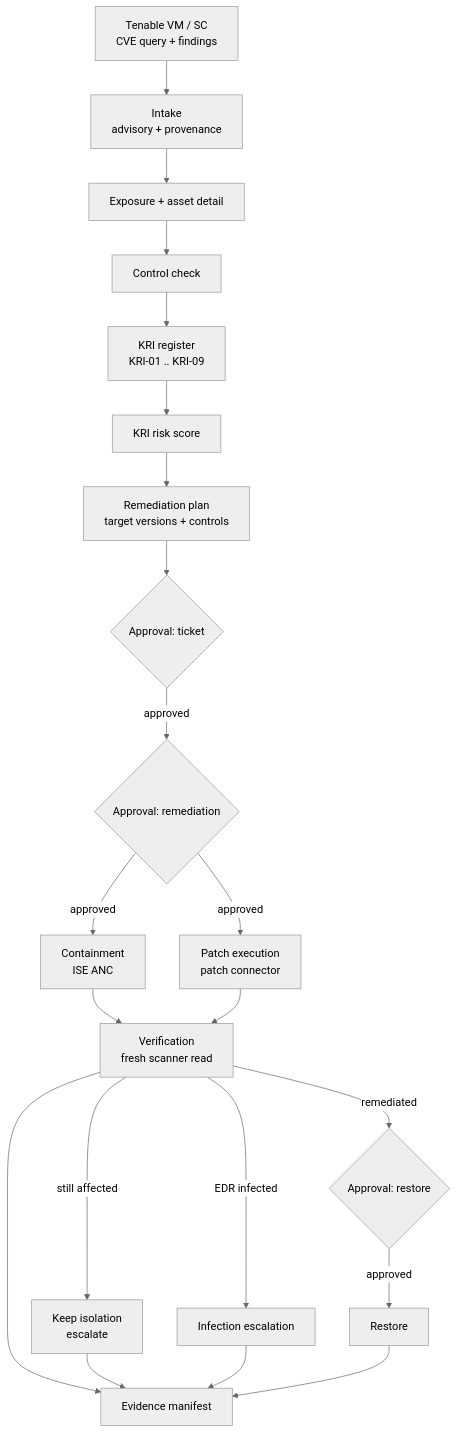
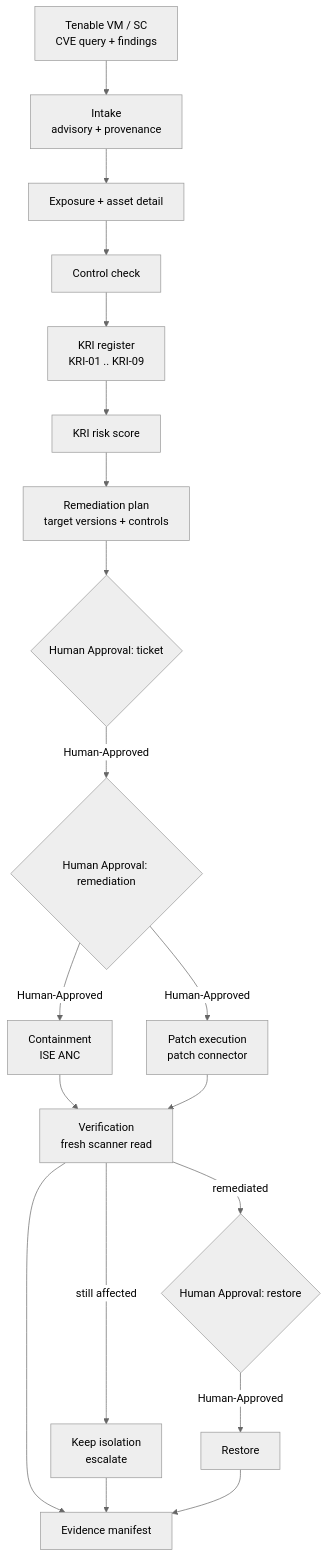
Before and after one commit to sword0x00/SecOps-Autopilot: the diagram in README.md, drawn with Mermaid (neutral theme). The commit also changed other lines of this file and 16 other files, not shown here.

First line of the commit message:
Use Human Approval conditions and remove EDR infection escalation

````diff
--- a/README.md
+++ b/README.md
@@ -355,23 +356,21 @@
 ```mermaid
 flowchart TD
     A[Tenable VM / SC<br/>CVE query + findings] --> B[Intake<br/>advisory + provenance]
     B --> C[Exposure + asset detail]
     C --> D[Control check]
     D --> E[KRI register<br/>KRI-01 .. KRI-09]
     E --> E2[KRI risk score]
     E2 --> F[Remediation plan<br/>target versions + controls]
-    F --> G{Approval: ticket}
-    G -->|approved| H{Approval: remediation}
-    H -->|approved| I[Containment<br/>ISE ANC]
-    H -->|approved| P[Patch execution<br/>patch connector]
+    F --> G{Human Approval: ticket}
+    G -->|Human-Approved| H{Human Approval: remediation}
+    H -->|Human-Approved| I[Containment<br/>ISE ANC]
+    H -->|Human-Approved| P[Patch execution<br/>patch connector]
     I --> V[Verification<br/>fresh scanner read]
     P --> V
-    V -->|remediated| K{Approval: restore}
+    V -->|remediated| K{Human Approval: restore}
     V -->|still affected| L[Keep isolation<br/>escalate]
-    V -->|EDR infected| M[Infection escalation]
-    K -->|approved| N[Restore]
+    K -->|Human-Approved| N[Restore]
     V --> O[Evidence manifest]
     L --> O
-    M --> O
     N --> O
 ```
````
